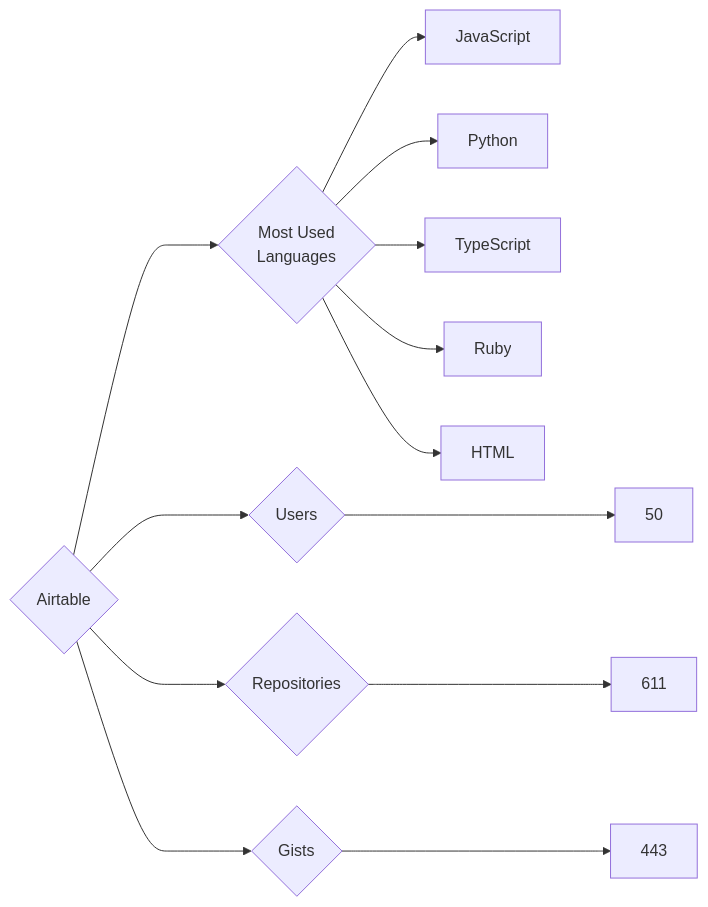
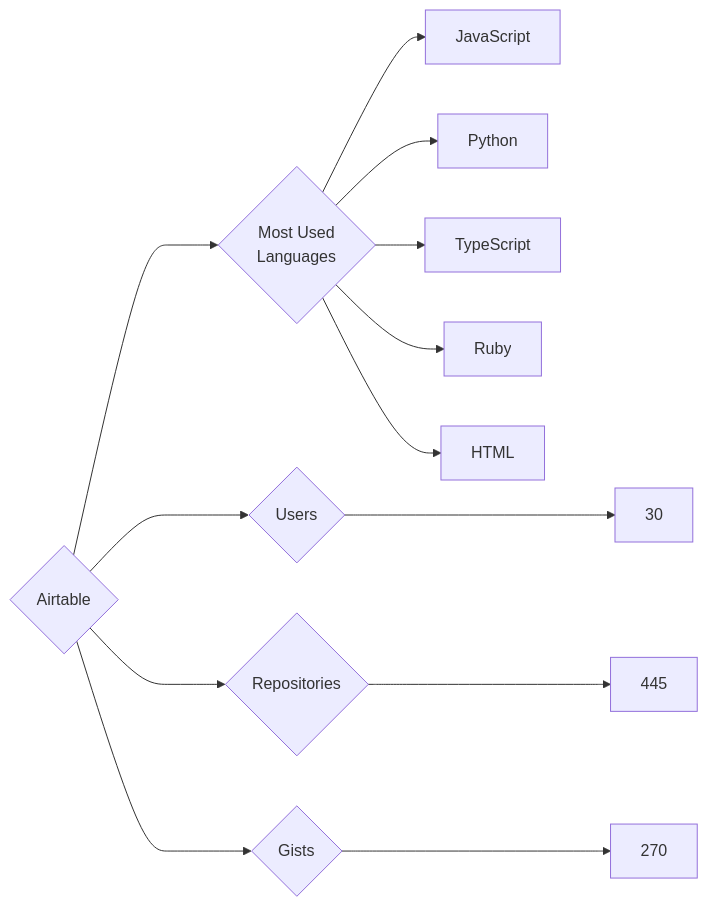
One commit to trickest/insiders changed the diagram in targets/Airtable/README.md. Above: the diagram before and after it, drawn with Mermaid. The commit also changed 629 other files, not shown here.

````diff
--- a/targets/Airtable/README.md
+++ b/targets/Airtable/README.md
@@ -3,13 +3,13 @@
 ```mermaid
 graph LR
 COMPANY_NAME{Airtable}
-COMPANY_NAME ---> U{Users} ---> UN[50]
-COMPANY_NAME ---> R{Repositories} ---> RN[611]
-COMPANY_NAME ---> G{Gists} ---> GN[443]
+COMPANY_NAME ---> U{Users} ---> UN[30]
+COMPANY_NAME ---> R{Repositories} ---> RN[445]
+COMPANY_NAME ---> G{Gists} ---> GN[270]
 COMPANY_NAME ---> ML{Most Used<br>Languages}
 ML --> JavaScript[JavaScript]
 ML --> Python[Python]
 ML --> TypeScript[TypeScript]
 ML --> Ruby[Ruby]
 ML --> HTML[HTML]
 ```
````
